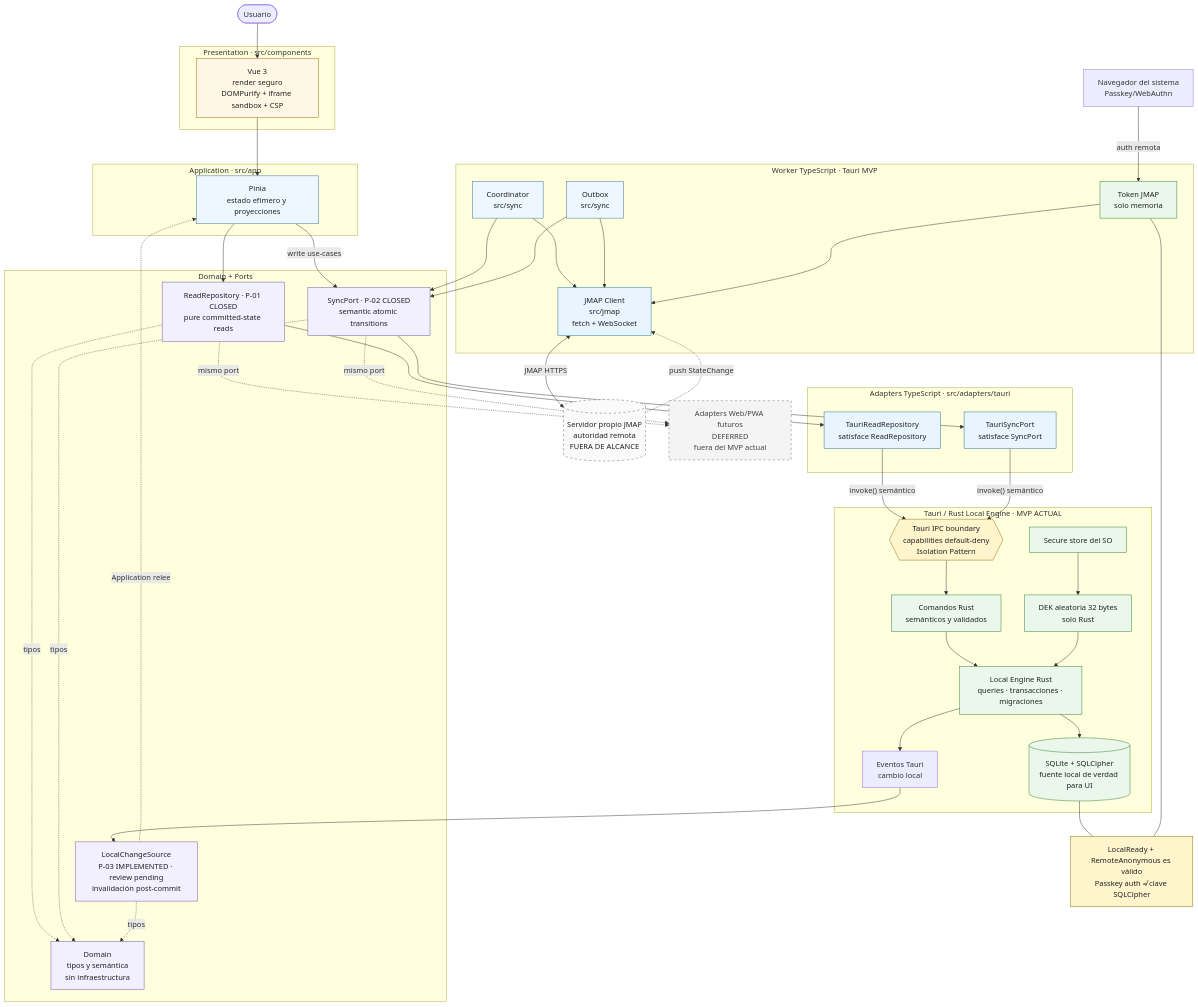
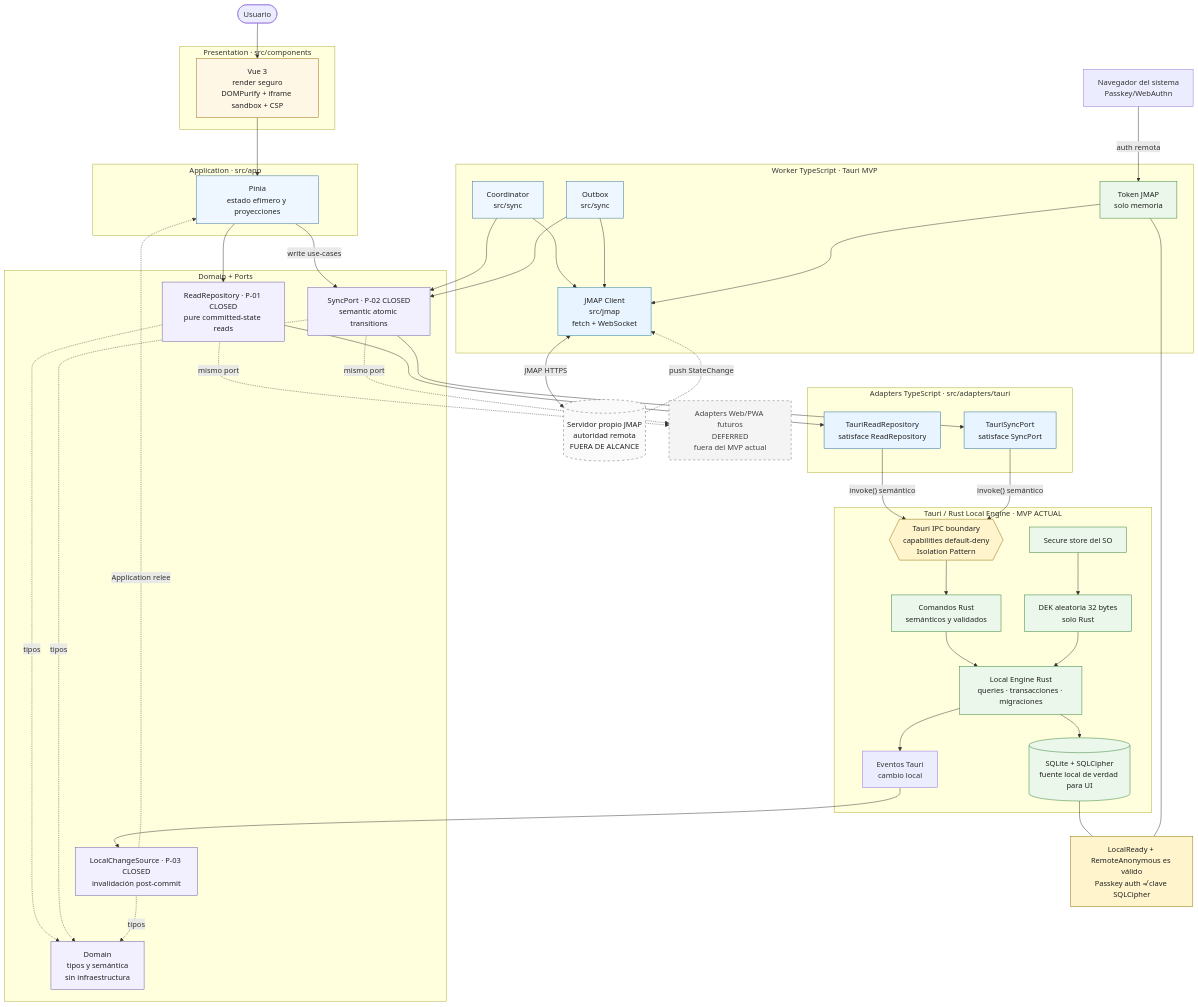
One commit to sebastiandperez/Correo-Boxplot changed the diagram in docs/diagrams/layers-components.mmd. Above: the diagram before and after it, drawn with Mermaid. The commit also changed 12 other files, not shown here.

```diff
--- a/docs/diagrams/layers-components.mmd
+++ b/docs/diagrams/layers-components.mmd
@@ -1,105 +1,105 @@
 flowchart TD
     User(["Usuario"])
 
     subgraph Presentation["Presentation · src/components"]
         UI["Vue 3<br/>render seguro<br/>DOMPurify + iframe sandbox + CSP"]
     end
 
     subgraph Application["Application · src/app"]
         State["Pinia<br/>estado efímero y proyecciones"]
     end
 
     subgraph Core["Domain + Ports"]
         Domain["Domain<br/>tipos y semántica<br/>sin infraestructura"]
         ReadRepo["ReadRepository · P-01 CLOSED<br/>pure committed-state reads"]
         SyncPort["SyncPort · P-02 CLOSED<br/>semantic atomic transitions"]
-        ChangeSource["LocalChangeSource<br/>P-03 IMPLEMENTED · review pending<br/>invalidación post-commit"]
+        ChangeSource["LocalChangeSource · P-03 CLOSED<br/>invalidación post-commit"]
 
         ReadRepo -.->|"tipos"| Domain
         SyncPort -.->|"tipos"| Domain
         ChangeSource -.->|"tipos"| Domain
     end
 
     subgraph TauriAdapters["Adapters TypeScript · src/adapters/tauri"]
         ReadAdapter["TauriReadRepository<br/>satisface ReadRepository"]
         SyncAdapter["TauriSyncPort<br/>satisface SyncPort"]
     end
 
     subgraph Native["Tauri / Rust Local Engine · MVP ACTUAL"]
         IPC{{"Tauri IPC boundary<br/>capabilities default-deny<br/>Isolation Pattern"}}
         Commands["Comandos Rust<br/>semánticos y validados"]
         Rust["Local Engine Rust<br/>queries · transacciones · migraciones"]
         DB[("SQLite + SQLCipher<br/>fuente local de verdad para UI")]
         Secret["Secure store del SO"]
         DEK["DEK aleatoria 32 bytes<br/>solo Rust"]
         Events["Eventos Tauri<br/>cambio local"]
 
         IPC --> Commands
         Commands --> Rust
         Secret --> DEK
         DEK --> Rust
         Rust --> DB
         Rust --> Events
     end
 
     subgraph Background["Worker TypeScript · Tauri MVP"]
         Coordinator["Coordinator<br/>src/sync"]
         Outbox["Outbox<br/>src/sync"]
         JMAP["JMAP Client<br/>src/jmap<br/>fetch + WebSocket"]
         Token["Token JMAP<br/>solo memoria"]
 
         Coordinator --> JMAP
         Outbox --> JMAP
         Token --> JMAP
     end
 
     Browser["Navegador del sistema<br/>Passkey/WebAuthn"]
     Server[("Servidor propio JMAP<br/>autoridad remota<br/>FUERA DE ALCANCE")]
     WebFuture["Adapters Web/PWA futuros<br/>DEFERRED<br/>fuera del MVP actual"]
     LocalNote["LocalReady + RemoteAnonymous es válido<br/>Passkey auth ≠ clave SQLCipher"]
 
     User --> UI
     UI --> State
     State --> ReadRepo
     State -->|"write use-cases"| SyncPort
     ReadRepo --> ReadAdapter
     ReadAdapter -->|"invoke() semántico"| IPC
 
     Events --> ChangeSource
     ChangeSource -.->|"Application relee"| State
 
     Coordinator --> SyncPort
     Outbox --> SyncPort
     SyncPort --> SyncAdapter
     SyncAdapter -->|"invoke() semántico"| IPC
 
     Browser -->|"auth remota"| Token
     JMAP <-->|"JMAP HTTPS"| Server
     Server -.->|"push StateChange"| JMAP
 
     ReadRepo -.->|"mismo port"| WebFuture
     SyncPort -.->|"mismo port"| WebFuture
 
     DB --- LocalNote
     Token --- LocalNote
 
     classDef presentation fill:#fff7e6,stroke:#9a6700,color:#222;
     classDef application fill:#eef7ff,stroke:#336b99,color:#222;
     classDef core fill:#f2efff,stroke:#6554a4,color:#222;
     classDef adapter fill:#e8f4ff,stroke:#246b91,color:#222;
     classDef sync fill:#eef7ff,stroke:#336b99,color:#222;
     classDef remote fill:#e8f4ff,stroke:#1b7698,color:#222;
     classDef secure fill:#eaf7ea,stroke:#2f7d32,color:#222;
     classDef deferred fill:#f4f4f4,stroke:#777,stroke-dasharray:5 5,color:#444;
     classDef boundary fill:#fff4cc,stroke:#8a6d00,color:#222;
     classDef external fill:#fafafa,stroke:#666,stroke-dasharray:5 5,color:#222;
     class UI presentation;
     class State application;
     class Coordinator,Outbox sync;
     class JMAP remote;
     class Domain,ReadRepo,SyncPort,ChangeSource core;
     class ReadAdapter,SyncAdapter adapter;
     class Commands,Rust,DB,Secret,DEK,Token secure;
     class WebFuture deferred;
     class IPC,LocalNote boundary;
     class Server external;
```
